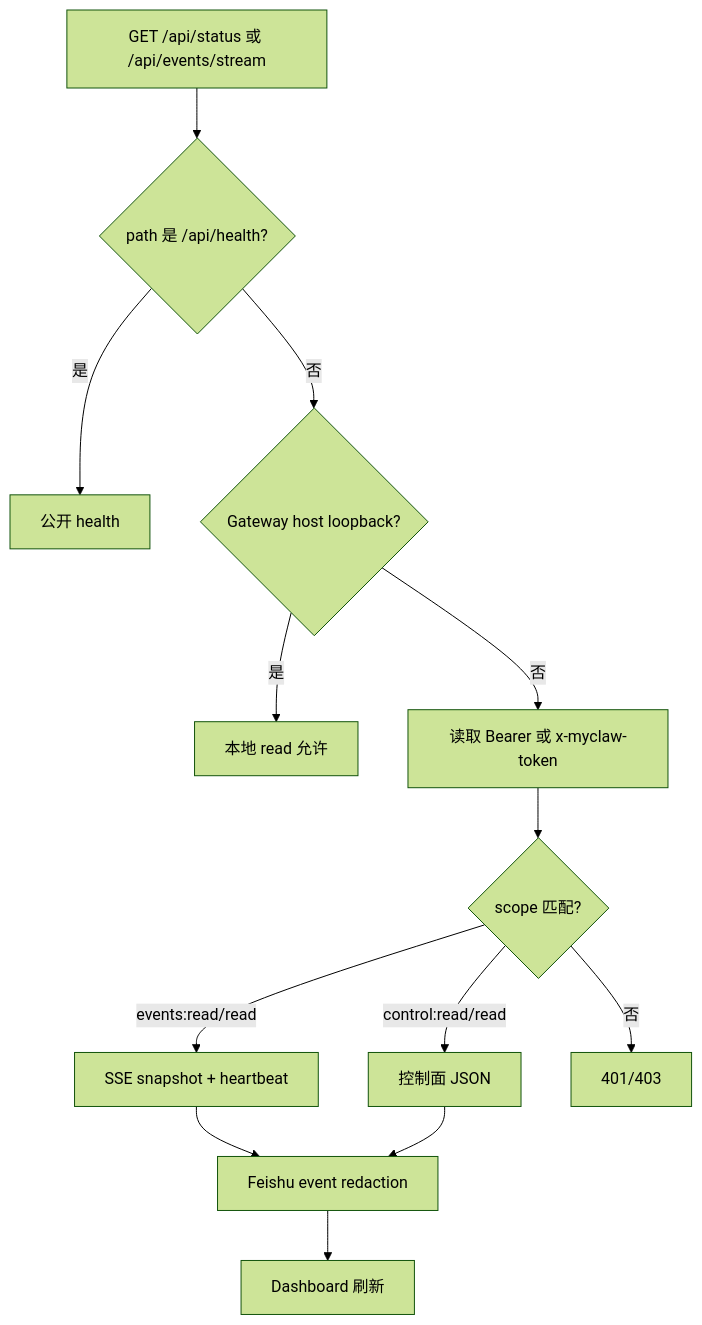
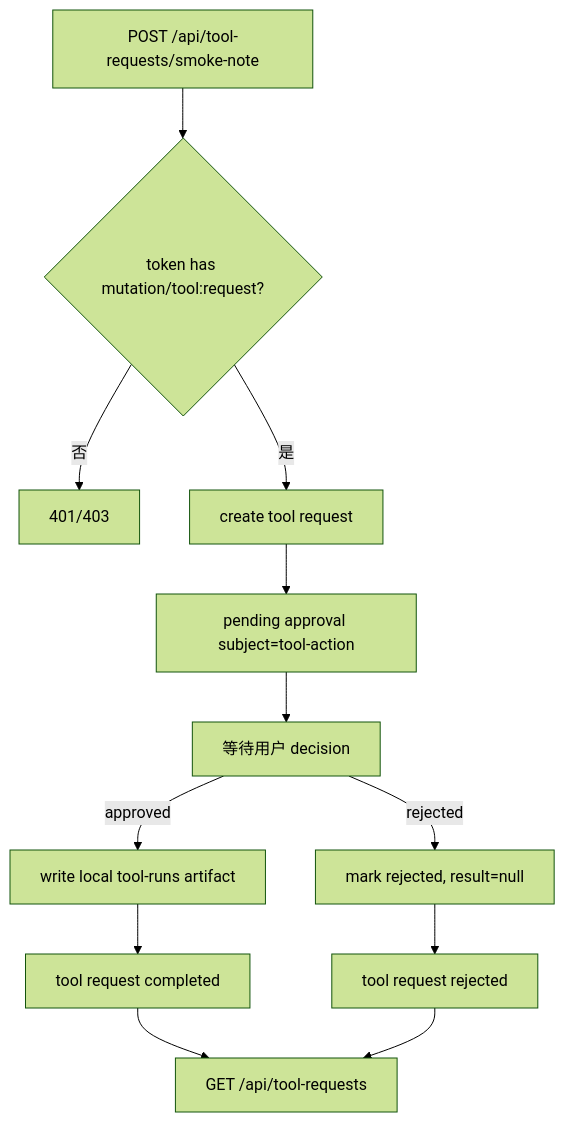
One commit to mayf3/myclaw changed the fifth of 10 diagrams in docs/implementation-architecture.md. Above: the diagram before and after it, drawn with Mermaid (forest theme). The commit also changed other lines of this file and 33 other files, not shown here.

Commit message:
feat: add tool approval smoke

````diff
--- a/docs/implementation-architecture.md
+++ b/docs/implementation-architecture.md
@@ -155,15 +162,14 @@
 ```mermaid
 flowchart TD
-  Start[GET /api/status 或 /api/events/stream] --> Health{path 是 /api/health?}
-  Health -->|是| Public[公开 health]
-  Health -->|否| Host{Gateway host loopback?}
-  Host -->|是| LocalRead[本地 read 允许]
-  Host -->|否| Token[读取 Bearer 或 x-myclaw-token]
-  Token --> Scope{scope 匹配?}
-  Scope -->|control:read/read| Control[控制面 JSON]
-  Scope -->|events:read/read| Stream[SSE snapshot + heartbeat]
-  Scope -->|否| Deny[401/403]
-  Stream --> Redact[Feishu event redaction]
-  Control --> Redact
-  Redact --> Dashboard[Dashboard 刷新]
+  Start[POST /api/tool-requests/smoke-note] --> Auth{token has mutation/tool:request?}
+  Auth -->|否| Deny[401/403]
+  Auth -->|是| Create[create tool request]
+  Create --> Approval[pending approval subject=tool-action]
+  Approval --> Wait[等待用户 decision]
+  Wait -->|approved| Execute[write local tool-runs artifact]
+  Wait -->|rejected| Reject[mark rejected, result=null]
+  Execute --> Completed[tool request completed]
+  Reject --> Done[tool request rejected]
+  Completed --> Read[GET /api/tool-requests]
+  Done --> Read
 ```
````
